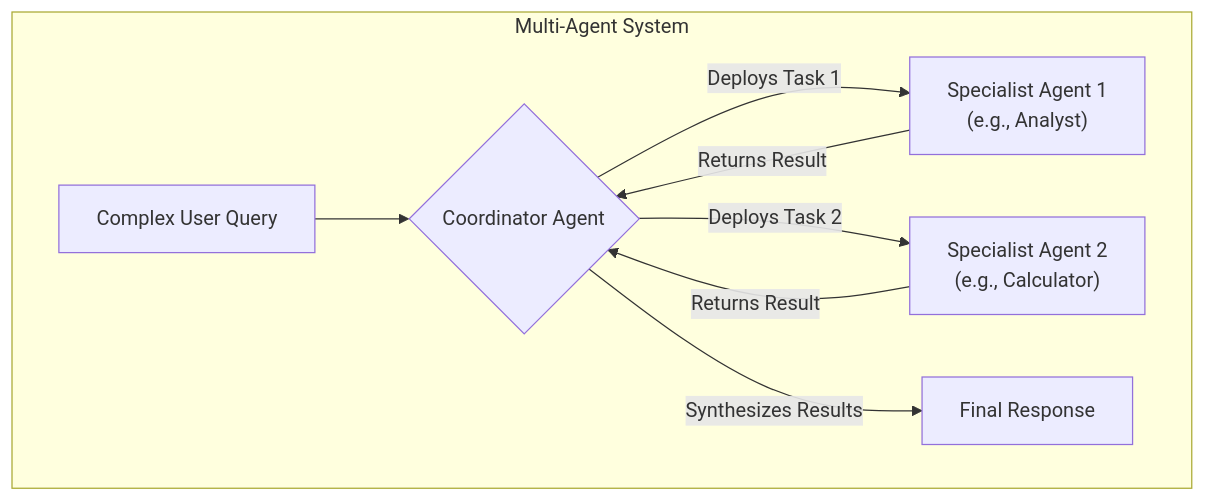
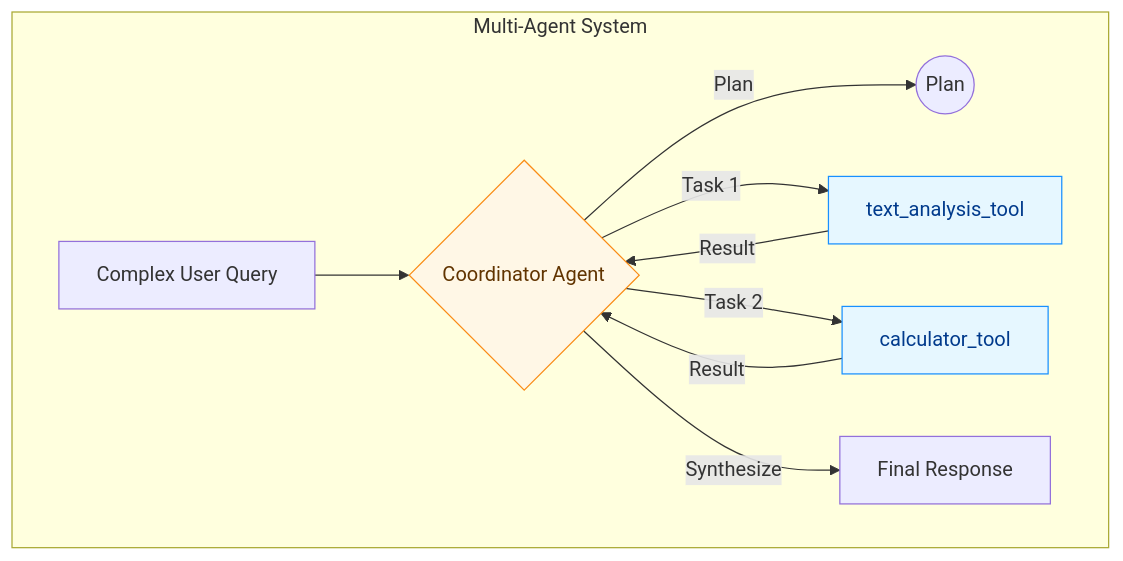
Before and after one commit to Rkomi98/Datapizza: the second of 3 diagrams in DatapizzAI/PizzAI/Agents/README_AGENT_COMPLETE_GUIDE_EN.md, drawn with Mermaid. The commit also changed other lines of this file and 2 other files, not shown here.

Commit message:
Agent updated

````diff
--- a/DatapizzAI/PizzAI/Agents/README_AGENT_COMPLETE_GUIDE_EN.md
+++ b/DatapizzAI/PizzAI/Agents/README_AGENT_COMPLETE_GUIDE_EN.md
@@ -114,11 +120,16 @@
 ```mermaid
-graph TD;
-    subgraph Multi-Agent System;
-        A["Complex User Query"] --> B{"Coordinator Agent"};
-        B -- Deploys Task 1 --> C["Specialist Agent 1<br>(e.g., Analyst)"];
-        B -- Deploys Task 2 --> D["Specialist Agent 2<br>(e.g., Calculator)"];
-        C -- Returns Result --> B;
-        D -- Returns Result --> B;
-        B -- Synthesizes Results --> E["Final Response"];
-    end;
+graph TD
+    subgraph Multi-Agent System
+        A["Complex User Query"] --> B{"Coordinator Agent"}
+        B -- Plan --> P((Plan))
+        B -- Task 1 --> C["text_analysis_tool"]:::tool
+        B -- Task 2 --> D["calculator_tool"]:::tool
+        C -- Result --> B
+        D -- Result --> B
+        B -- Synthesize --> E["Final Response"]
+    end
+
+classDef tool fill:#E6F7FF,stroke:#1890FF,color:#003A8C
+classDef agent fill:#FFF7E6,stroke:#FA8C16,color:#613400
+class B agent
 ```
````
